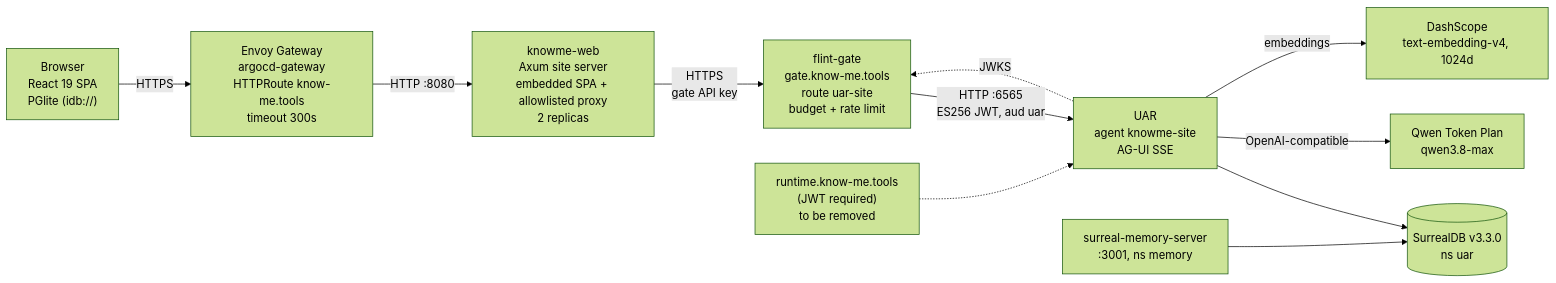
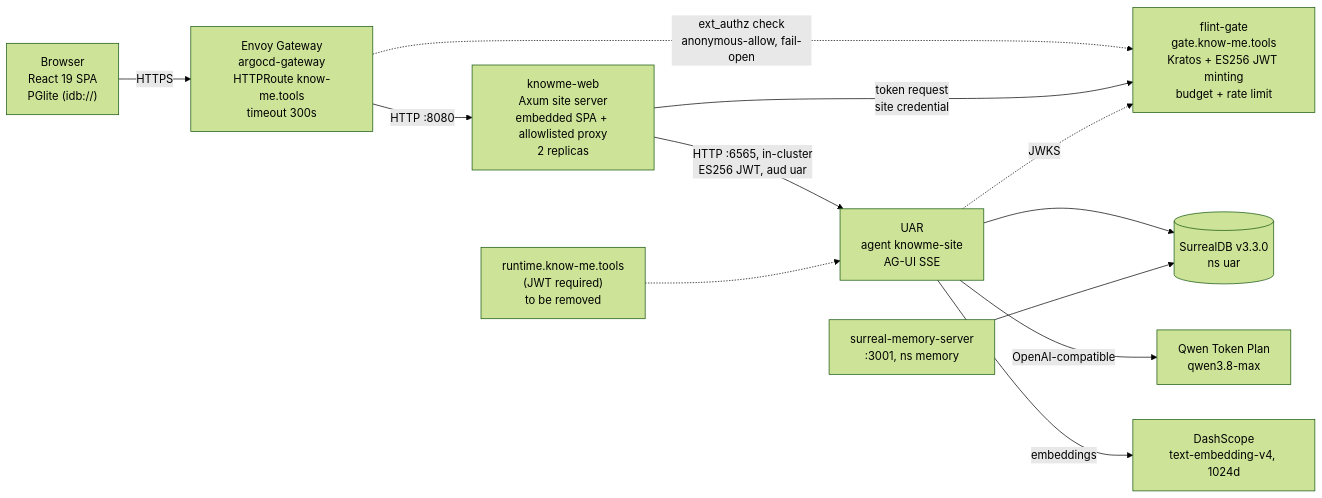
The diagram in docs/agent-led-site/sections/04-architecture.md (Know-Me-Tools/charcoal-agent), drawn with Mermaid (forest theme) before and after one commit. The commit also changed other lines of this file and 6 other files, not shown here.

First line of the commit message:
docs: final agent-led site paper with the ext_authz gate design

````diff
--- a/docs/agent-led-site/sections/04-architecture.md
+++ b/docs/agent-led-site/sections/04-architecture.md
@@ -13,13 +13,14 @@
 ```mermaid
 flowchart LR
   B["Browser<br/>React 19 SPA<br/>PGlite (idb://)"] -->|HTTPS| G["Envoy Gateway<br/>argocd-gateway<br/>HTTPRoute know-me.tools<br/>timeout 300s"]
+  G -.->|"ext_authz check<br/>anonymous-allow, fail-open"| F["flint-gate<br/>gate.know-me.tools<br/>Kratos + ES256 JWT minting<br/>budget + rate limit"]
   G -->|HTTP :8080| W["knowme-web<br/>Axum site server<br/>embedded SPA + allowlisted proxy<br/>2 replicas"]
-  W -->|"HTTPS<br/>gate API key"| F["flint-gate<br/>gate.know-me.tools<br/>route uar-site<br/>budget + rate limit"]
-  F -->|"HTTP :6565<br/>ES256 JWT, aud uar"| U["UAR<br/>agent knowme-site<br/>AG-UI SSE"]
+  W -->|"token request<br/>site credential"| F
+  W -->|"HTTP :6565, in-cluster<br/>ES256 JWT, aud uar"| U["UAR<br/>agent knowme-site<br/>AG-UI SSE"]
   U -.->|"JWKS"| F
   U --> S[("SurrealDB v3.3.0<br/>ns uar")]
   M["surreal-memory-server<br/>:3001, ns memory"] --> S
   U -->|"OpenAI-compatible"| Q["Qwen Token Plan<br/>qwen3.8-max"]
   U -->|"embeddings"| D["DashScope<br/>text-embedding-v4, 1024d"]
   R["runtime.know-me.tools<br/>(JWT required)<br/>to be removed"] -.-> U
 ```
````
